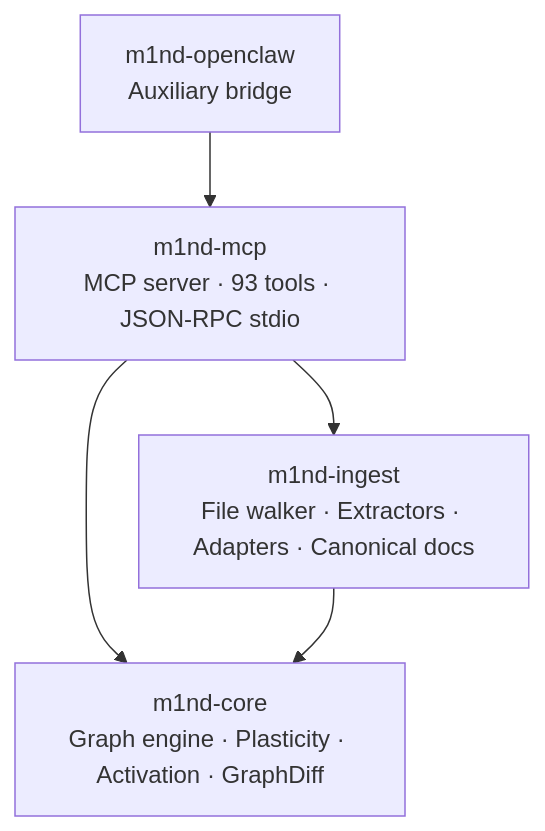
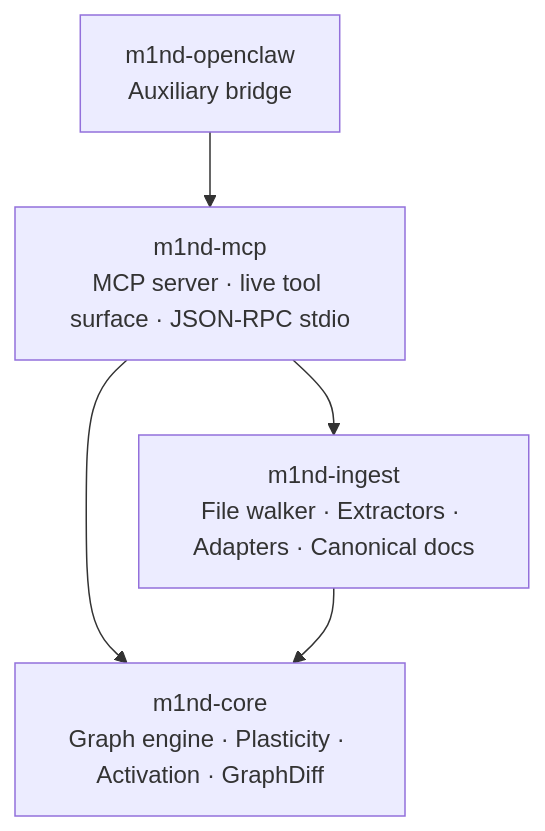
One commit to maxkle1nz/m1nd changed the first of 3 diagrams in .github/wiki/Architecture.md. Above: the diagram before and after it, drawn with Mermaid. The commit also changed other lines of this file and 149 other files, not shown here.

````diff
--- a/.github/wiki/Architecture.md
+++ b/.github/wiki/Architecture.md
@@ -18,12 +18,12 @@
 ```mermaid
 graph TD
-    MCP[m1nd-mcp<br/>MCP server · 93 tools · JSON-RPC stdio]
+    MCP[m1nd-mcp<br/>MCP server · live tool surface · JSON-RPC stdio]
     INGEST[m1nd-ingest<br/>File walker · Extractors · Adapters · Canonical docs]
     CORE[m1nd-core<br/>Graph engine · Plasticity · Activation · GraphDiff]
     OPENCLAW[m1nd-openclaw<br/>Auxiliary bridge]
 
     MCP --> INGEST
     MCP --> CORE
     INGEST --> CORE
     OPENCLAW --> MCP
 ```
````
